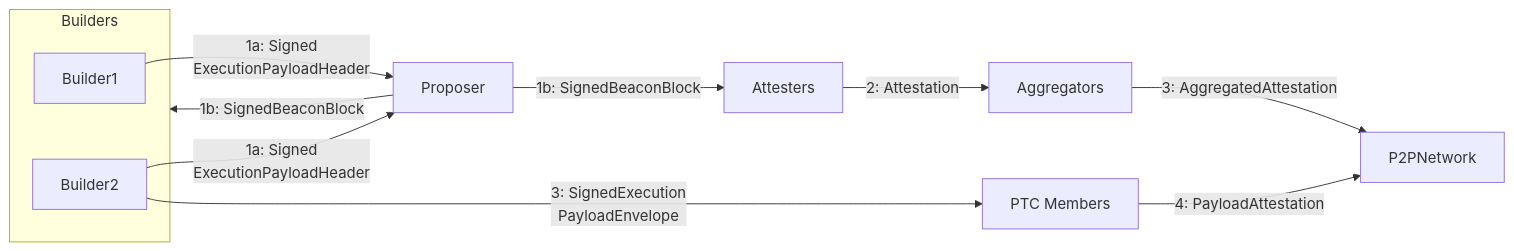
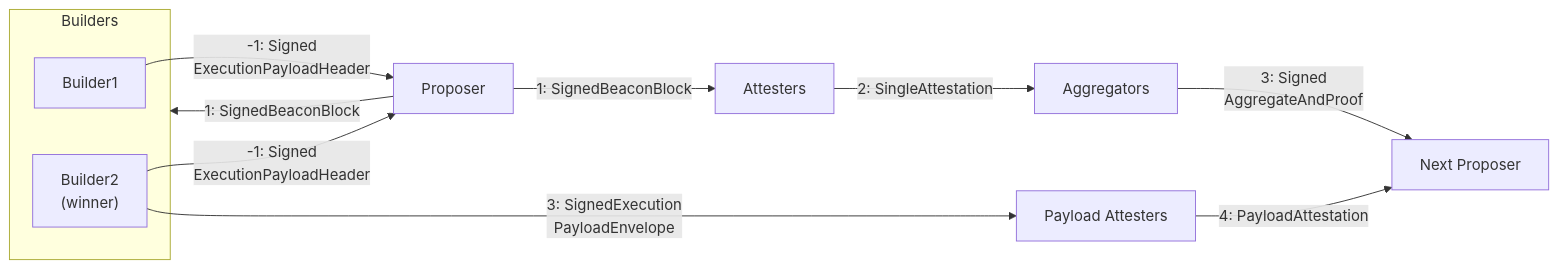
The second of 2 diagrams in epbs-and-delayed-execution.md (banr1/hackmd-writings), drawn with Mermaid before and after one commit. The commit also changed other lines of this file, not shown here.

````diff
--- a/epbs-and-delayed-execution.md
+++ b/epbs-and-delayed-execution.md
@@ -117,34 +246,36 @@
 ```mermaid
 graph LR
-  %% Participants
-  subgraph B[Builders]
+%% Participants
+subgraph B[Builders]
     B1[Builder1]
-    B2[Builder2]
-  end
-  P[Proposer]
-  AG[Aggregators]
-  AT[Attesters]
-  C[PTC Members]
-  N[P2PNetwork]
+    B2["`Builder2
+    (winner)`"]
+end
+P[Proposer]
+AT[Attesters]
+AG[Aggregators]
+PA[Payload Attesters]
+NP[Next Proposer]
 
-  %% Interval 1 — Bid collection via P2P
-  B1 -->|"`1a: Signed
-  ExecutionPayloadHeader`"| P
-  B2 -->|"`1a: Signed
-  ExecutionPayloadHeader`"| P
+%% Interval 1 — Bid collection via P2P
+B1 -->|"`-1: Signed
+ExecutionPayloadHeader`"| P
+B2 -->|"`-1: Signed
+ExecutionPayloadHeader`"| P
 
-  %% Interval 1 — Block proposal
-  P -->|"1b: SignedBeaconBlock"| AT
-  P -->|"1b: SignedBeaconBlock"| B
+%% Interval 1 — Block proposal
+P -->|"1: SignedBeaconBlock"| AT
+P -->|"1: SignedBeaconBlock"| B
 
-  %% Interval 2 — Attestations
-  AT -->|"2: Attestation"| AG
+%% Interval 2 — Attestations
+AT -->|"2: SingleAttestation"| AG
 
-  %% Interval 3 — Aggregation & Payload reveal
-  AG -->|"3: AggregatedAttestation"| N
-  B2 -->|"`3: SignedExecution
-  PayloadEnvelope`"| C
+%% Interval 3 — Aggregation
+AG -->|"`3: Signed
+AggregateAndProof`"| NP
+B2 -->|"`3: SignedExecution
+PayloadEnvelope`"| PA
 
-  %% Interval 4 — Timeliness attestations
-  C -->|"4: PayloadAttestation"| N
+%% Interval 4 — Timeliness attestations
+PA -->|"4: PayloadAttestation"| NP
 ```
````
